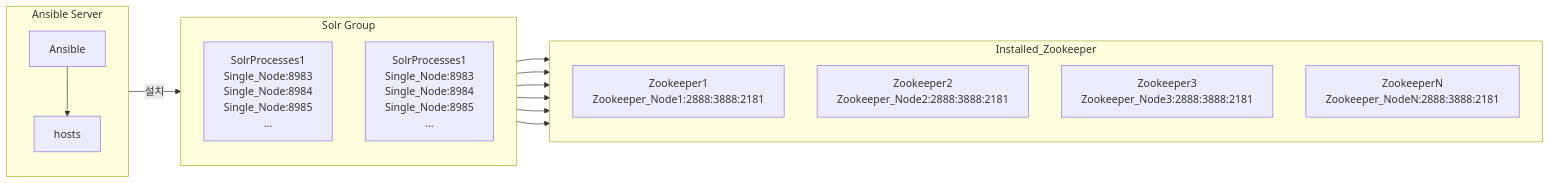
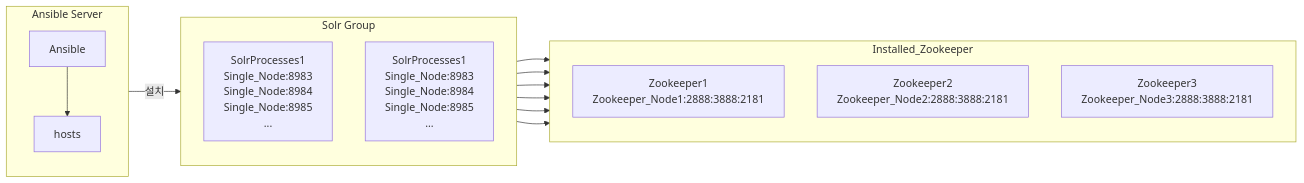
One commit to QubitSecurity/howto changed the diagram in rocky9/app/solr/ansible_install/cloud/readme.md. Above: the diagram before and after it, drawn with Mermaid.

````diff
--- a/rocky9/app/solr/ansible_install/cloud/readme.md
+++ b/rocky9/app/solr/ansible_install/cloud/readme.md
@@ -26,42 +26,42 @@
 ```mermaid
 graph LR;
 
     %% Define layout direction and spacing
    %% style Ansible_Server fill:#f9f,stroke:#333,stroke-width:2px,height:200px;
    %% style Zookeeper fill:#cfc,stroke:#333,stroke-width:2px;
    %% style Plug_Zookeeper fill:#fff,stroke:#000,stroke-width:2px;
 
     %% Ansible Server Section
     subgraph Ansible_Server[Ansible Server]
         direction TB
         Ansible1[Ansible]
         hosts[hosts]
         
         Ansible1 --> hosts
     end
 
     %% Zookeeper Section
     subgraph Zookeeper[Installed_Zookeeper]
         direction TB
         Zookeeper1[Zookeeper1<br>Zookeeper_Node1:2888:3888:2181]
         Zookeeper2[Zookeeper2<br>Zookeeper_Node2:2888:3888:2181]
         Zookeeper3[Zookeeper3<br>Zookeeper_Node3:2888:3888:2181]
-        Zookeeper4[ZookeeperN<br>Zookeeper_NodeN:2888:3888:2181]
+        
         
     end
 
     %% Solr Subgraph
     subgraph Solr[Solr Group]
         direction TB
         SolrProcesses1[SolrProcesses1<br>Single_Node:8983<br>Single_Node:8984<br>Single_Node:8985<br>...]
         SolrProcesses2[SolrProcesses1<br>Single_Node:8983<br>Single_Node:8984<br>Single_Node:8985<br>...]
     end
 hosts -->|설치| Solr
 
 SolrProcesses1 --> Zookeeper1
 SolrProcesses1 --> Zookeeper2
 SolrProcesses1 --> Zookeeper3
 SolrProcesses2 --> Zookeeper1
 SolrProcesses2 --> Zookeeper2
 SolrProcesses2 --> Zookeeper3
 ```
````
